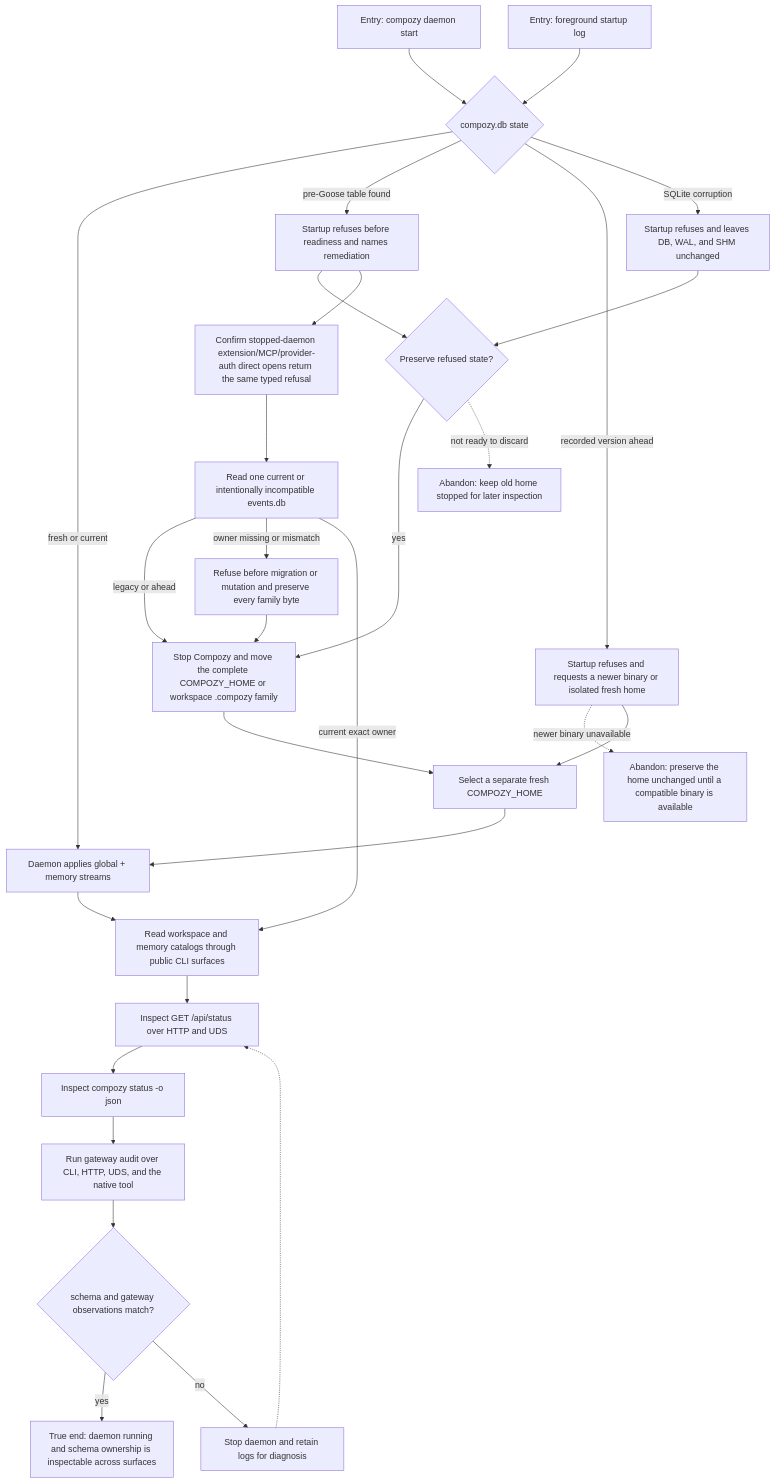
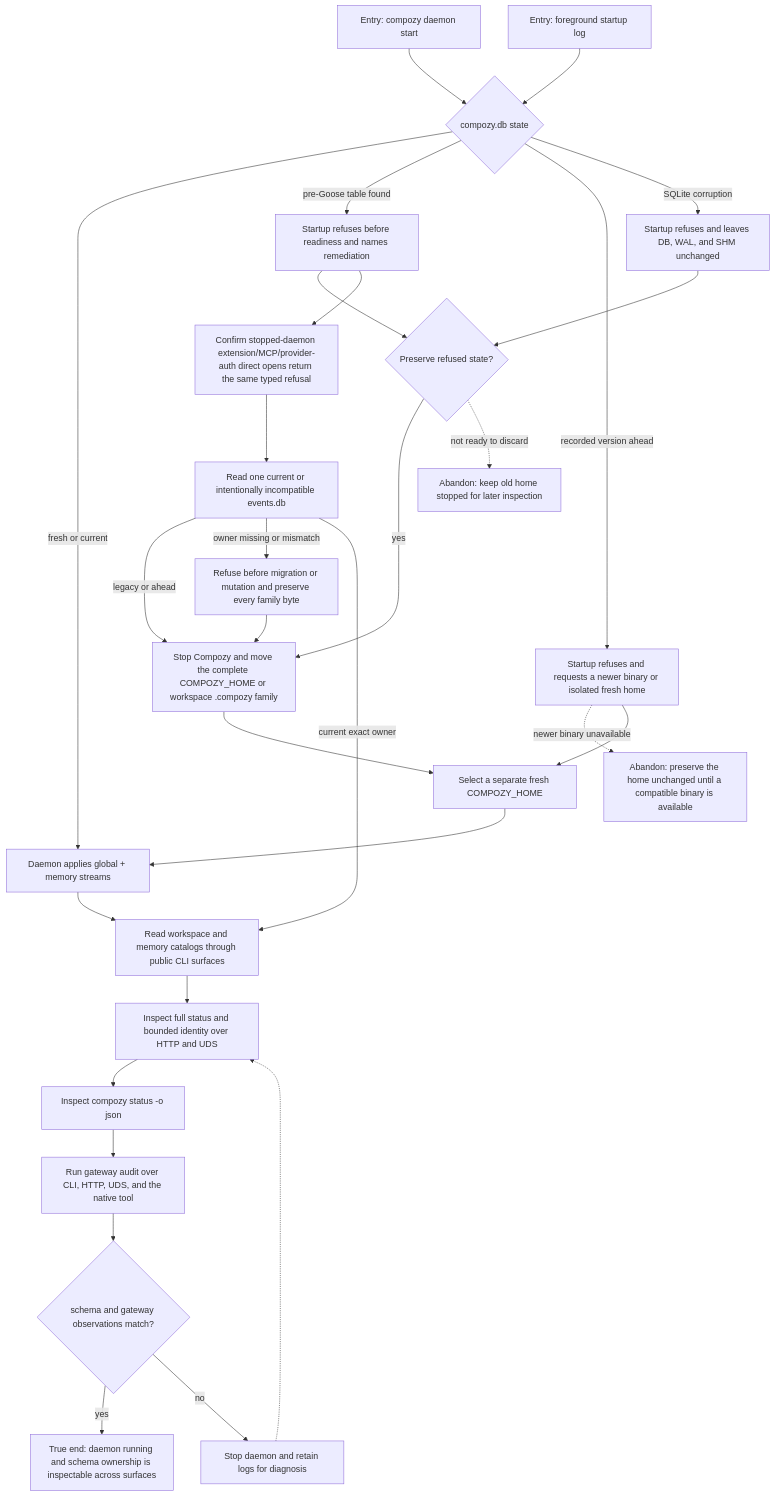
One commit to compozy/compozy changed the diagram in docs/qa/journeys/J-operate-daemon-schema.md. Above: the diagram before and after it, drawn with Mermaid. The commit also changed other lines of this file and 21 other files, not shown here.

````diff
--- a/docs/qa/journeys/J-operate-daemon-schema.md
+++ b/docs/qa/journeys/J-operate-daemon-schema.md
@@ -6,31 +6,31 @@
 ```mermaid
 flowchart TD
     C1[Entry: compozy daemon start] --> DB{compozy.db state}
     C2[Entry: foreground startup log] --> DB
     DB -->|fresh or current| BOOT[Daemon applies global + memory streams]
     DB -->|pre-Goose table found| REFUSE[Startup refuses before readiness and names remediation]
     DB -->|recorded version ahead| AHEAD[Startup refuses and requests a newer binary or isolated fresh home]
     DB -->|SQLite corruption| CORRUPT[Startup refuses and leaves DB, WAL, and SHM unchanged]
     REFUSE --> CHOICE{Preserve refused state?}
     CORRUPT --> CHOICE
     CHOICE -->|yes| BACKUP[Stop Compozy and move the complete COMPOZY_HOME or workspace .compozy family]
     CHOICE -.->|not ready to discard| ABANDON[Abandon: keep old home stopped for later inspection]
     REFUSE --> DIRECT[Confirm stopped-daemon extension/MCP/provider-auth direct opens return the same typed refusal]
     DIRECT --> SESSIONREAD[Read one current or intentionally incompatible events.db]
     SESSIONREAD -->|legacy or ahead| BACKUP
     SESSIONREAD -->|owner missing or mismatch| OWNERREFUSE[Refuse before migration or mutation and preserve every family byte]
     OWNERREFUSE --> BACKUP
     SESSIONREAD -->|current exact owner| DOMAINS
     AHEAD -.->|newer binary unavailable| ABANDONAHEAD[Abandon: preserve the home unchanged until a compatible binary is available]
     AHEAD --> FRESH[Select a separate fresh COMPOZY_HOME]
     FRESH --> BOOT
     BACKUP --> FRESH
     BOOT --> DOMAINS[Read workspace and memory catalogs through public CLI surfaces]
-    DOMAINS --> STATUS[Inspect GET /api/status over HTTP and UDS]
+    DOMAINS --> STATUS[Inspect full status and bounded identity over HTTP and UDS]
     STATUS --> CLI[Inspect compozy status -o json]
     CLI --> AUDIT[Run gateway audit over CLI, HTTP, UDS, and the native tool]
     AUDIT --> MATCH{schema and gateway observations match?}
     MATCH -->|yes| END[True end: daemon running and schema ownership is inspectable across surfaces]
     MATCH -->|no| STOP[Stop daemon and retain logs for diagnosis]
     STOP -.-> STATUS
 ```
````
